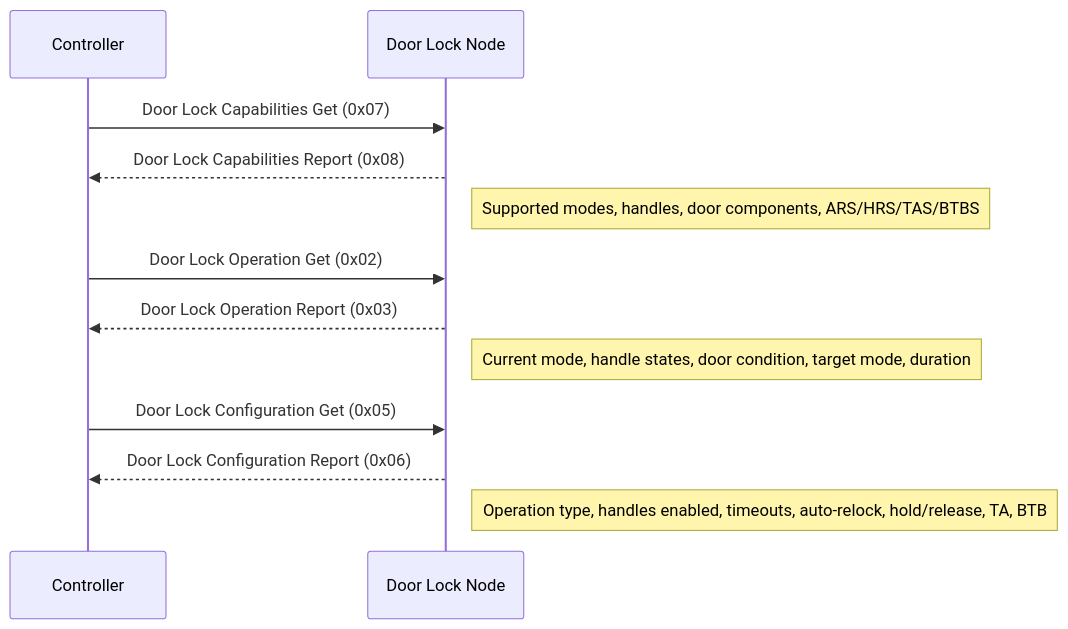
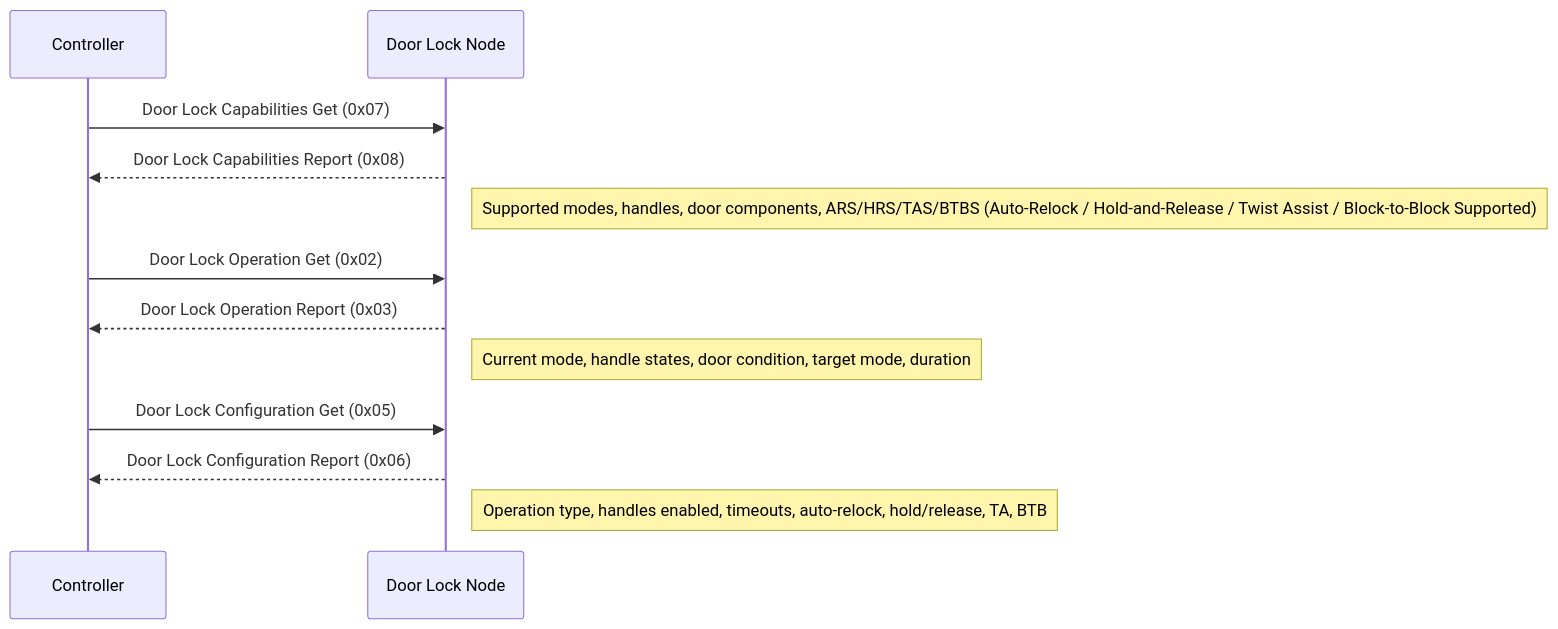
One commit to SiliconLabsSoftware/z-wave-protocol-controller changed the diagram in components/command_classes/command_class_door_lock/doc/command_class_door_lock.md. Above: the diagram before and after it, drawn with Mermaid. The commit also changed 16 other files, not shown here.

````diff
--- a/components/command_classes/command_class_door_lock/doc/command_class_door_lock.md
+++ b/components/command_classes/command_class_door_lock/doc/command_class_door_lock.md
@@ -30,17 +30,17 @@
 ```mermaid
 sequenceDiagram
     participant Controller
     participant DoorLockNode as Door Lock Node
 
     Controller->>DoorLockNode: Door Lock Capabilities Get (0x07)
     DoorLockNode-->>Controller: Door Lock Capabilities Report (0x08)
-    Note right of DoorLockNode: Supported modes, handles, door components, ARS/HRS/TAS/BTBS
+    Note right of DoorLockNode: Supported modes, handles, door components, ARS/HRS/TAS/BTBS (Auto-Relock / Hold-and-Release / Twist Assist / Block-to-Block Supported)
 
     Controller->>DoorLockNode: Door Lock Operation Get (0x02)
     DoorLockNode-->>Controller: Door Lock Operation Report (0x03)
     Note right of DoorLockNode: Current mode, handle states, door condition, target mode, duration
 
     Controller->>DoorLockNode: Door Lock Configuration Get (0x05)
     DoorLockNode-->>Controller: Door Lock Configuration Report (0x06)
     Note right of DoorLockNode: Operation type, handles enabled, timeouts, auto-relock, hold/release, TA, BTB
 ```
````
